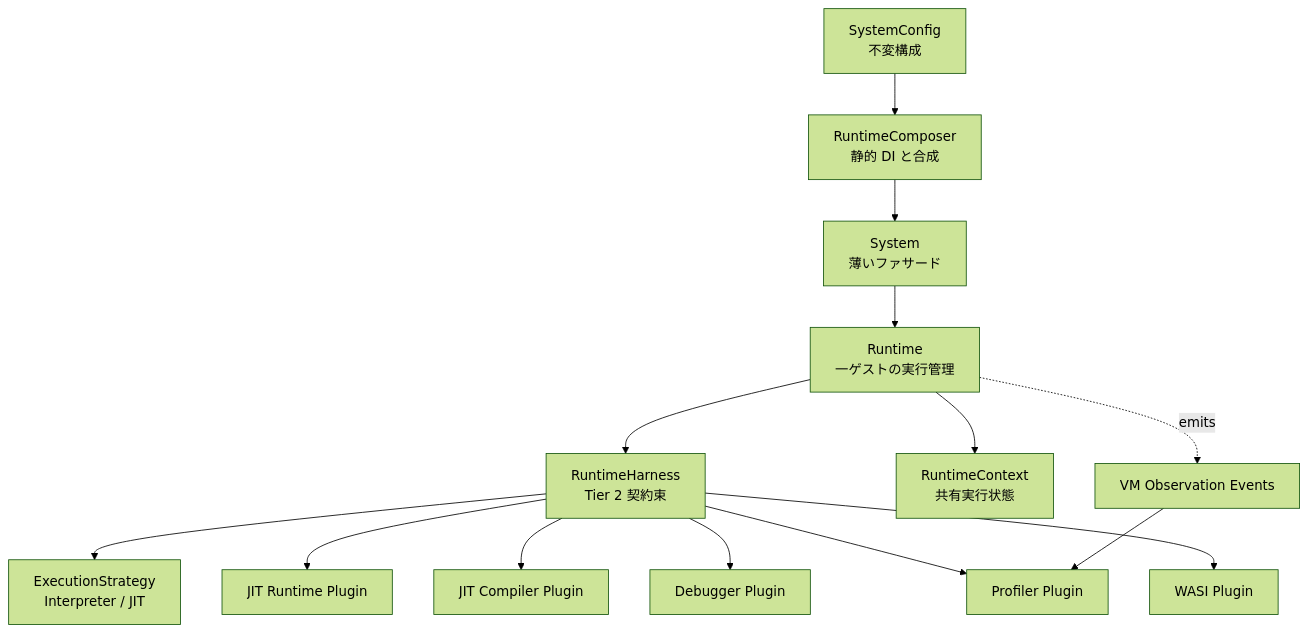
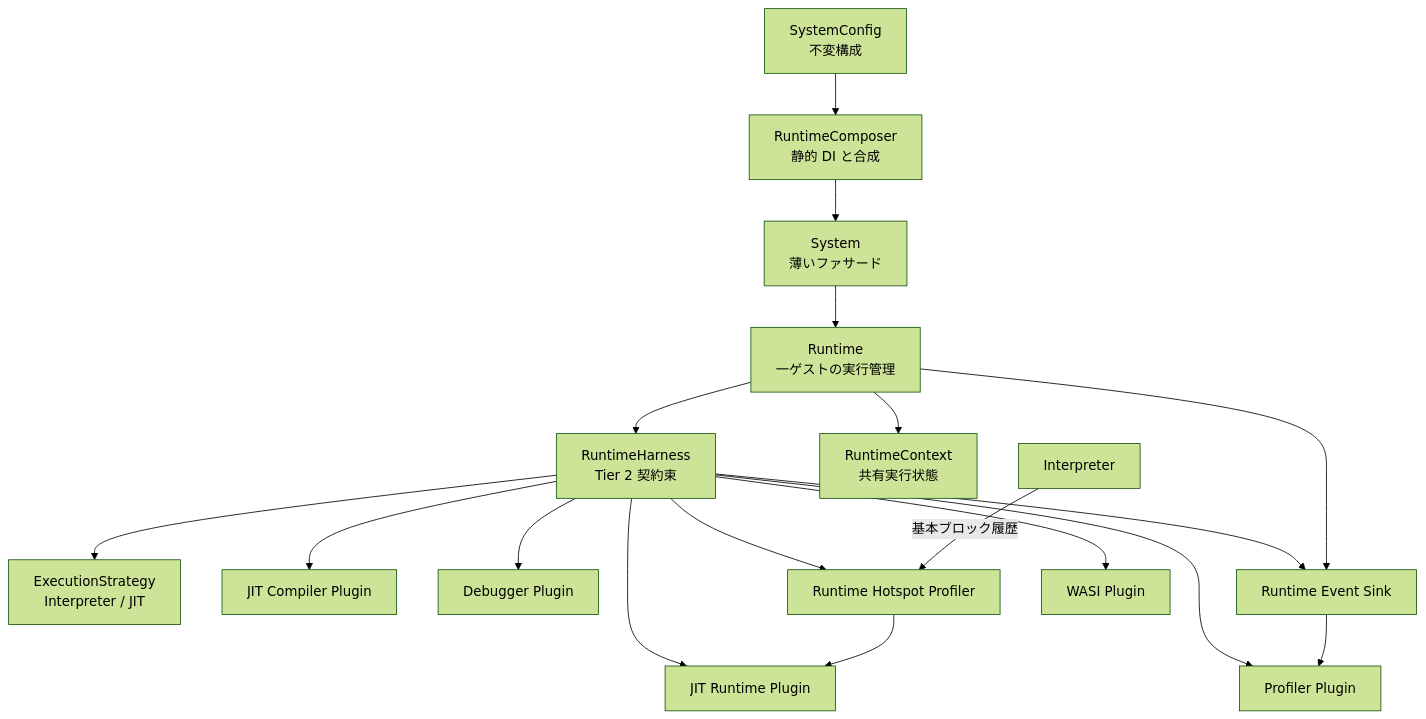
Before and after one commit to kmt-t/fireball: the first of 2 diagrams in docs/components/tier2_runtime/runtime_plugin_architecture.md, drawn with Mermaid (forest theme). The commit also changed other lines of this file and 75 other files, not shown here.

````diff
--- a/docs/components/tier2_runtime/runtime_plugin_architecture.md
+++ b/docs/components/tier2_runtime/runtime_plugin_architecture.md
@@ -50,16 +49,20 @@
 ```mermaid
 graph TD
     Config[SystemConfig<br/>不変構成] --> Composer[RuntimeComposer<br/>静的 DI と合成]
     Composer --> System[System<br/>薄いファサード]
     System --> Runtime[Runtime<br/>一ゲストの実行管理]
     Runtime --> Harness[RuntimeHarness<br/>Tier 2 契約束]
     Harness --> Exec[ExecutionStrategy<br/>Interpreter / JIT]
     Harness --> JitRuntime[JIT Runtime Plugin]
     Harness --> JitCompiler[JIT Compiler Plugin]
     Harness --> Debugger[Debugger Plugin]
     Harness --> Profiler[Profiler Plugin]
+    Harness --> EventSink[Runtime Event Sink]
+    Harness --> Hotspot[Runtime Hotspot Profiler]
     Harness --> Wasi[WASI Plugin]
     Runtime --> Context[RuntimeContext<br/>共有実行状態]
-    Runtime -. emits .-> Events[VM Observation Events]
-    Events --> Profiler
+    Runtime --> EventSink
+    EventSink --> Profiler
+    Interpreter -->|基本ブロック履歴| Hotspot
+    Hotspot --> JitRuntime
 ```
````
